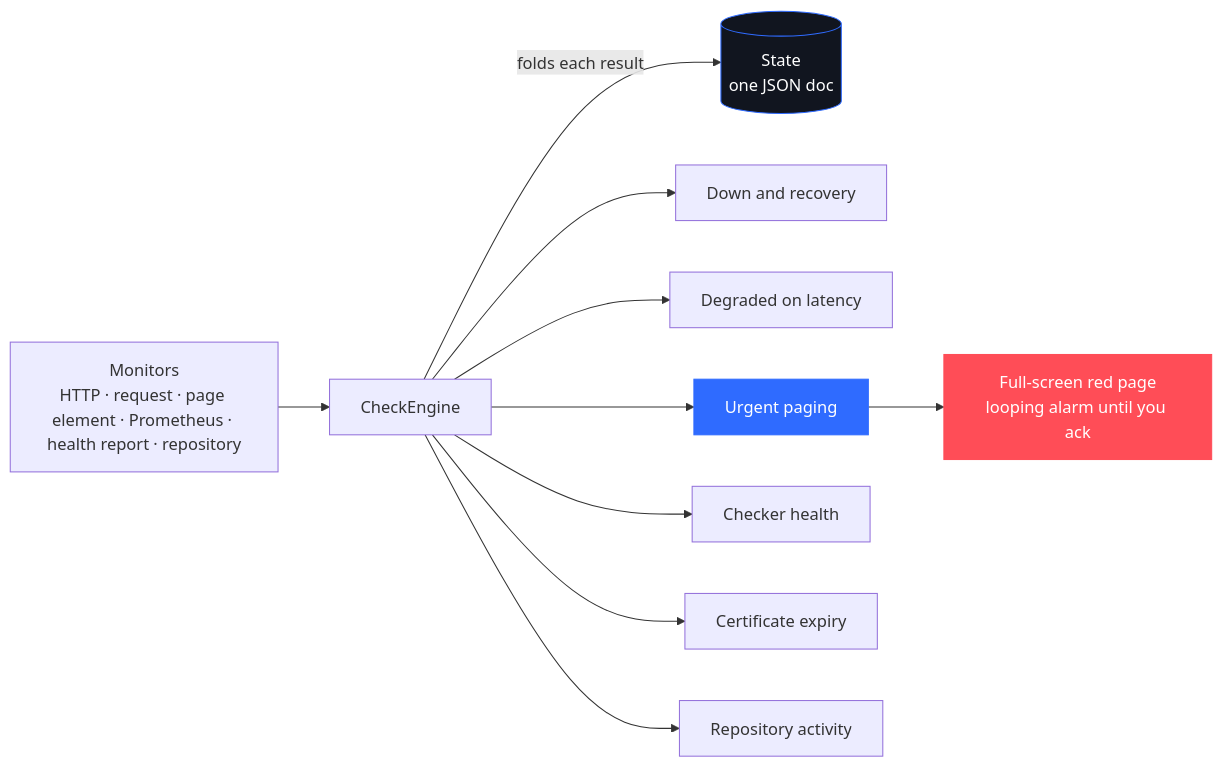
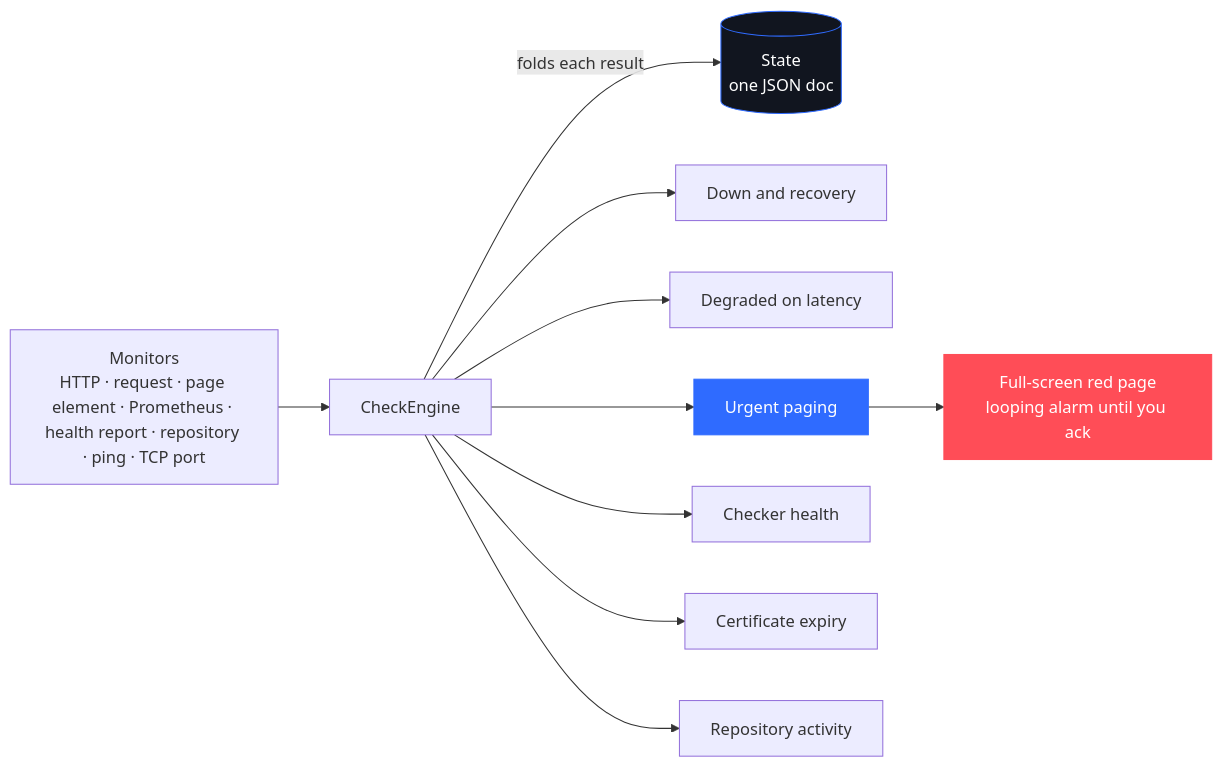
One commit to riveerxd/nightbell changed the diagram in README.md. Above: the diagram before and after it, drawn with Mermaid. The commit also changed other lines of this file and 36 other files, not shown here.

Commit message:
monitors: ping and TCP port checks

````diff
--- a/README.md
+++ b/README.md
@@ -243,15 +245,15 @@
 ```mermaid
 flowchart LR
-    M["Monitors<br/>HTTP · request · page element · Prometheus · health report · repository"] --> E["CheckEngine"]
+    M["Monitors<br/>HTTP · request · page element · Prometheus · health report · repository · ping · TCP port"] --> E["CheckEngine"]
     E -->|folds each result| DB[("State<br/>one JSON doc")]
     E --> A1["Down and recovery"]
     E --> A2["Degraded on latency"]
     E --> A3["Urgent paging"]
     E --> A4["Checker health"]
     E --> A5["Certificate expiry"]
     E --> A6["Repository activity"]
     A3 --> PG["Full-screen red page<br/>looping alarm until you ack"]
     style A3 fill:#2F6BFF,stroke:#2F6BFF,color:#ffffff
     style PG fill:#FF4D57,stroke:#FF4D57,color:#ffffff
     style DB fill:#11151f,stroke:#2F6BFF,color:#ffffff
 ```
````
